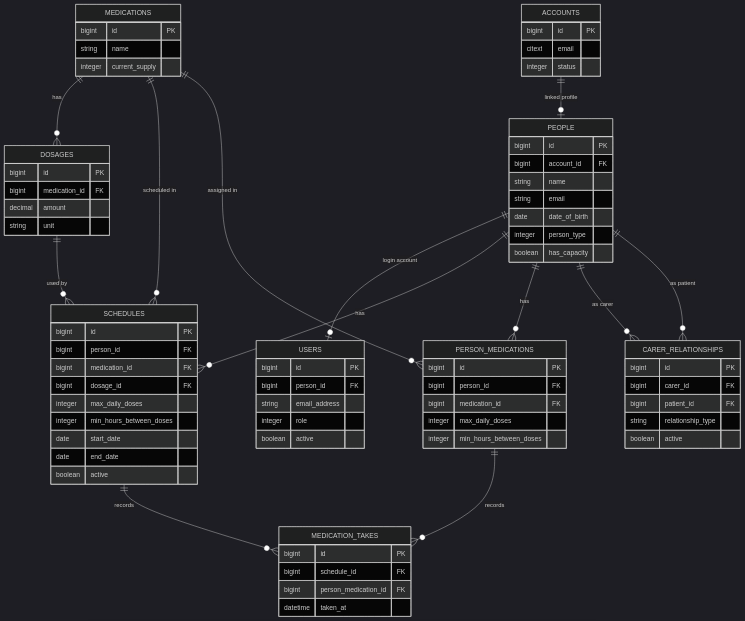
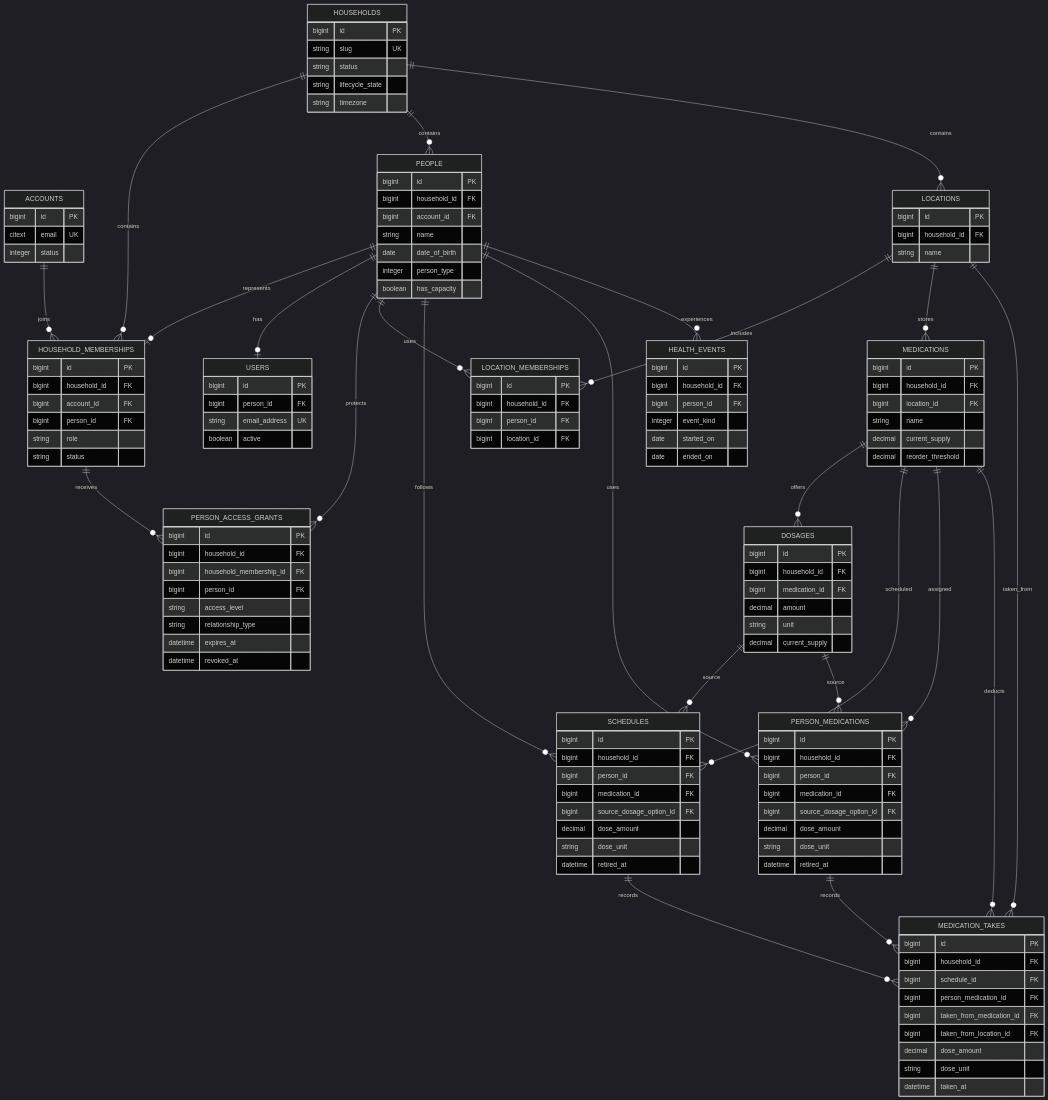
One commit to damacus/med-tracker changed the diagram in docs/database-relationships.md. Above: the diagram before and after it, drawn with Mermaid (dark theme). The commit also changed other lines of this file, not shown here.

Commit message:
docs(database): replace stale relationship map

````diff
--- a/docs/database-relationships.md
+++ b/docs/database-relationships.md
@@ -6,15 +7,32 @@
 erDiagram
     ACCOUNTS {
       bigint id PK
-      citext email
+      citext email UK
       integer status
+    }
+
+    HOUSEHOLDS {
+      bigint id PK
+      string slug UK
+      string status
+      string lifecycle_state
+      string timezone
+    }
+
+    HOUSEHOLD_MEMBERSHIPS {
+      bigint id PK
+      bigint household_id FK
+      bigint account_id FK
+      bigint person_id FK
+      string role
+      string status
     }
 
     PEOPLE {
       bigint id PK
+      bigint household_id FK
       bigint account_id FK
       string name
-      string email
       date date_of_birth
       integer person_type
       boolean has_capacity
@@ -23,69 +41,116 @@
     USERS {
       bigint id PK
       bigint person_id FK
-      string email_address
-      integer role
+      string email_address UK
       boolean active
+    }
+
+    PERSON_ACCESS_GRANTS {
+      bigint id PK
+      bigint household_id FK
+      bigint household_membership_id FK
+      bigint person_id FK
+      string access_level
+      string relationship_type
+      datetime expires_at
+      datetime revoked_at
+    }
+
+    LOCATIONS {
+      bigint id PK
+      bigint household_id FK
+      string name
+    }
+
+    LOCATION_MEMBERSHIPS {
+      bigint id PK
+      bigint household_id FK
+      bigint person_id FK
+      bigint location_id FK
     }
 
     MEDICATIONS {
       bigint id PK
+      bigint household_id FK
+      bigint location_id FK
       string name
-      integer current_supply
+      decimal current_supply
+      decimal reorder_threshold
     }
 
     DOSAGES {
       bigint id PK
+      bigint household_id FK
       bigint medication_id FK
       decimal amount
       string unit
+      decimal current_supply
     }
 
     SCHEDULES {
       bigint id PK
+      bigint household_id FK
       bigint person_id FK
       bigint medication_id FK
-      bigint dosage_id FK
-      integer max_daily_doses
-      integer min_hours_between_doses
-      date start_date
-      date end_date
-      boolean active
+      bigint source_dosage_option_id FK
+      decimal dose_amount
+      string dose_unit
+      datetime retired_at
     }
 
     PERSON_MEDICATIONS {
       bigint id PK
+      bigint household_id FK
       bigint person_id FK
       bigint medication_id FK
-      integer max_daily_doses
-      integer min_hours_between_doses
+      bigint source_dosage_option_id FK
+      decimal dose_amount
+      string dose_unit
+      datetime retired_at
     }
 
     MEDICATION_TAKES {
       bigint id PK
+      bigint household_id FK
       bigint schedule_id FK
       bigint person_medication_id FK
+      bigint taken_from_medication_id FK
+      bigint taken_from_location_id FK
+      decimal dose_amount
+      string dose_unit
       datetime taken_at
     }
 
-    CARER_RELATIONSHIPS {
+    HEALTH_EVENTS {
       bigint id PK
-      bigint carer_id FK
-      bigint patient_id FK
-      string relationship_type
-      boolean active
+      bigint household_id FK
+      bigint person_id FK
+      integer event_kind
+      date started_on
+      date ended_on
     }
 
-    ACCOUNTS ||--o| PEOPLE : "linked profile"
-    PEOPLE ||--o| USERS : "login account"
-    MEDICATIONS ||--o{ DOSAGES : "has"
-    PEOPLE ||--o{ SCHEDULES : "has"
-    PEOPLE ||--o{ PERSON_MEDICATIONS : "has"
-    MEDICATIONS ||--o{ SCHEDULES : "scheduled in"
-    MEDICATIONS ||--o{ PERSON_MEDICATIONS : "assigned in"
-    DOSAGES ||--o{ SCHEDULES : "used by"
-    SCHEDULES ||--o{ MEDICATION_TAKES : "records"
-    PERSON_MEDICATIONS ||--o{ MEDICATION_TAKES : "records"
-    PEOPLE ||--o{ CARER_RELATIONSHIPS : "as carer"
-    PEOPLE ||--o{ CARER_RELATIONSHIPS : "as patient"
+    ACCOUNTS ||--o{ HOUSEHOLD_MEMBERSHIPS : joins
+    HOUSEHOLDS ||--o{ HOUSEHOLD_MEMBERSHIPS : contains
+    HOUSEHOLDS ||--o{ PEOPLE : contains
+    PEOPLE ||--o| HOUSEHOLD_MEMBERSHIPS : represents
+    PEOPLE ||--o| USERS : has
+    HOUSEHOLD_MEMBERSHIPS ||--o{ PERSON_ACCESS_GRANTS : receives
+    PEOPLE ||--o{ PERSON_ACCESS_GRANTS : protects
+    HOUSEHOLDS ||--o{ LOCATIONS : contains
+    PEOPLE ||--o{ LOCATION_MEMBERSHIPS : uses
+    LOCATIONS ||--o{ LOCATION_MEMBERSHIPS : includes
+    LOCATIONS ||--o{ MEDICATIONS : stores
+    MEDICATIONS ||--o{ DOSAGES : offers
+    PEOPLE ||--o{ SCHEDULES : follows
+    PEOPLE ||--o{ PERSON_MEDICATIONS : uses
+    MEDICATIONS ||--o{ SCHEDULES : scheduled
+    MEDICATIONS ||--o{ PERSON_MEDICATIONS : assigned
+    DOSAGES ||--o{ SCHEDULES : source
+    DOSAGES ||--o{ PERSON_MEDICATIONS : source
+    SCHEDULES ||--o{ MEDICATION_TAKES : records
+    PERSON_MEDICATIONS ||--o{ MEDICATION_TAKES : records
+    MEDICATIONS ||--o{ MEDICATION_TAKES : deducts
+    LOCATIONS ||--o{ MEDICATION_TAKES : taken_from
+    PEOPLE ||--o{ HEALTH_EVENTS : experiences
 ```
````
